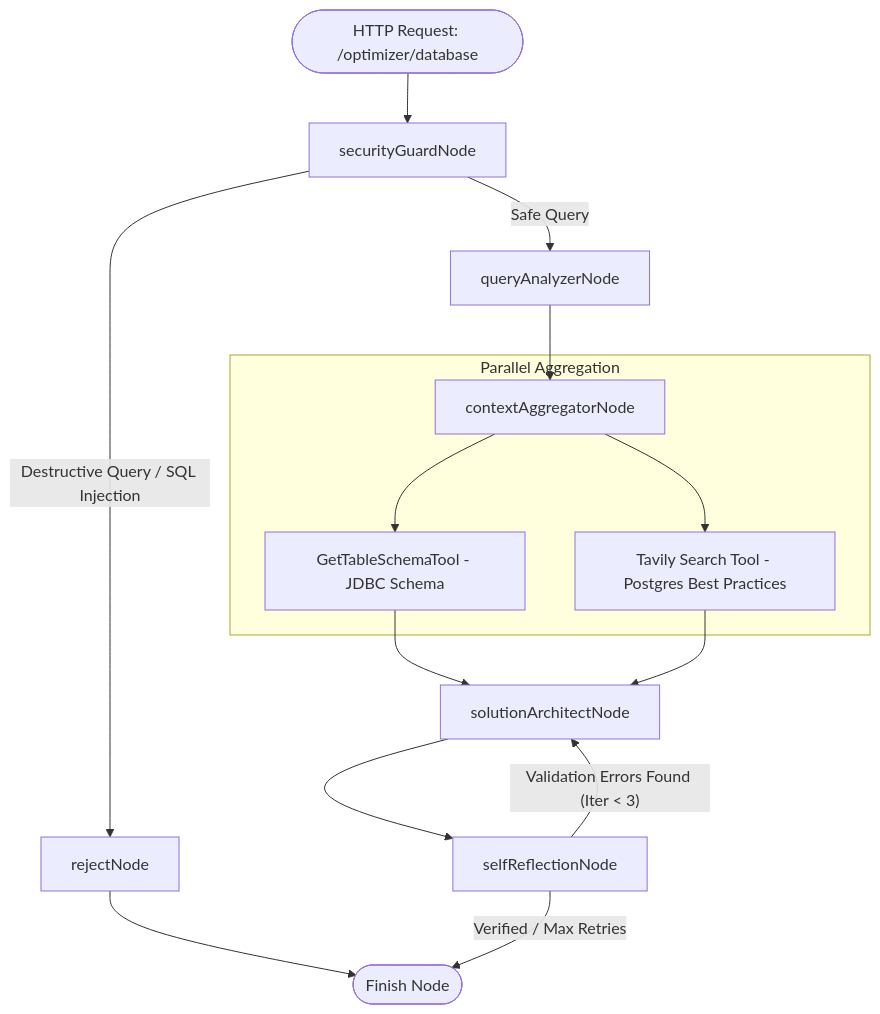
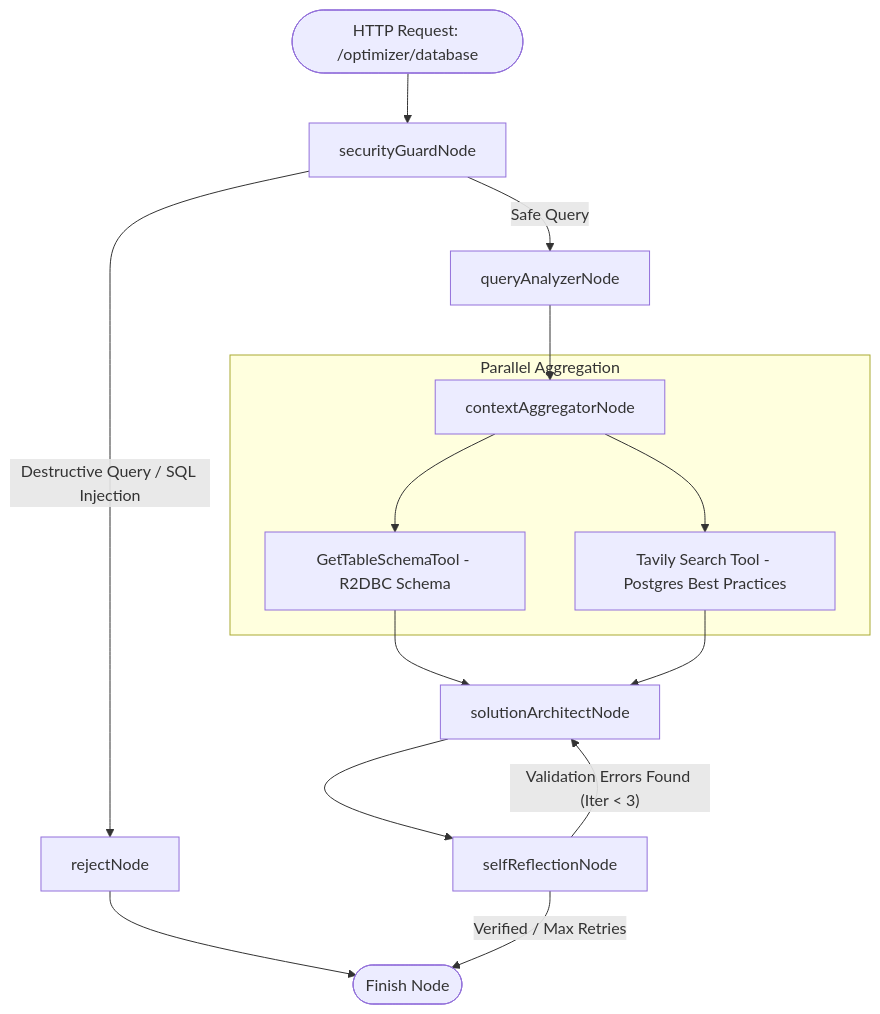
Before and after one commit to alekseyivashin/koog-ktor-playground: the diagram in README.md, drawn with Mermaid. The commit also changed other lines of this file and 1 other file, not shown here.

````diff
--- a/README.md
+++ b/README.md
@@ -66,23 +68,23 @@
 ```mermaid
 graph TD
     User([HTTP Request: /optimizer/database]) --> Guard[securityGuardNode]
     
     Guard -- "Destructive Query / SQL Injection" --> Reject[rejectNode]
     Reject --> Finish([Finish Node])
     
     Guard -- "Safe Query" --> Analyzer[queryAnalyzerNode]
     Analyzer --> Aggregator[contextAggregatorNode]
     
     subgraph Parallel Aggregation
-        Aggregator --> Tool1[GetTableSchemaTool - JDBC Schema]
+        Aggregator --> Tool1[GetTableSchemaTool - R2DBC Schema]
         Aggregator --> Tool2[Tavily Search Tool - Postgres Best Practices]
     end
     
     Tool1 --> Architect[solutionArchitectNode]
     Tool2 --> Architect
     
     Architect --> Audit[selfReflectionNode]
     
     Audit -- "Validation Errors Found (Iter < 3)" --> Architect
     Audit -- "Verified / Max Retries" --> Finish
 ```
````
